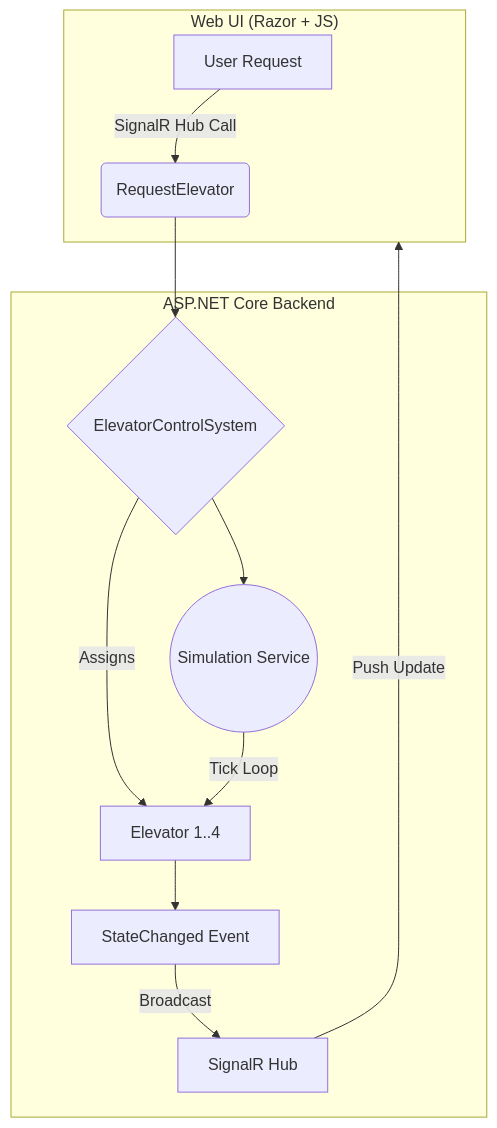
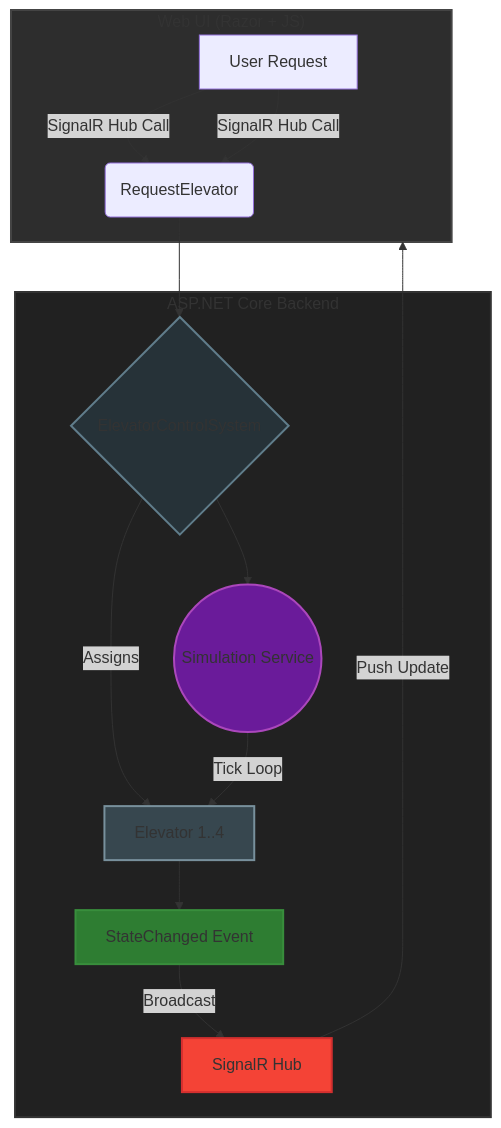
One commit to fsimonovski/ElevatorSimulator changed the diagram in README.md. Above: the diagram before and after it, drawn with Mermaid.

````diff
--- a/README.md
+++ b/README.md
@@ -22,17 +22,31 @@
 ```mermaid
 flowchart TD
     subgraph UI[" Web UI (Razor + JS)"]
+        style UI fill:#2d2d2d,stroke:#444,stroke-width:2px
         A[User Request] -->|SignalR Hub Call| B(RequestElevator)
     end
 
     subgraph Backend[" ASP.NET Core Backend"]
-        B --> C{ElevatorControlSystem}
-        C -->|Assigns| D[Elevator 1..4]
-        D --> E[StateChanged Event]
-        C --> F((Simulation Service))
-        F -->|Tick Loop| D
-        E -->|Broadcast| G[SignalR Hub]
+        style Backend fill:#212121,stroke:#333,stroke-width:2px
+        C{ElevatorControlSystem}
+        style C fill:#263238,stroke:#607d8b,stroke-width:2px
+        D[Elevator 1..4]
+        style D fill:#37474f,stroke:#78909c,stroke-width:2px
+        E[StateChanged Event]
+        style E fill:#2e7d32,stroke:#388e3c,stroke-width:2px
+        F((Simulation Service))
+        style F fill:#6a1b9a,stroke:#ab47bc,stroke-width:2px
+        G[SignalR Hub]
+        style G fill:#f44336,stroke:#d32f2f,stroke-width:2px
     end
 
+    A -->|SignalR Hub Call| B(RequestElevator)
+    B --> C
+    C -->|Assigns| D
+    D --> E
+    C --> F
+    F -->|Tick Loop| D
+    E -->|Broadcast| G
     G -->|Push Update| UI
+
 ```
````
